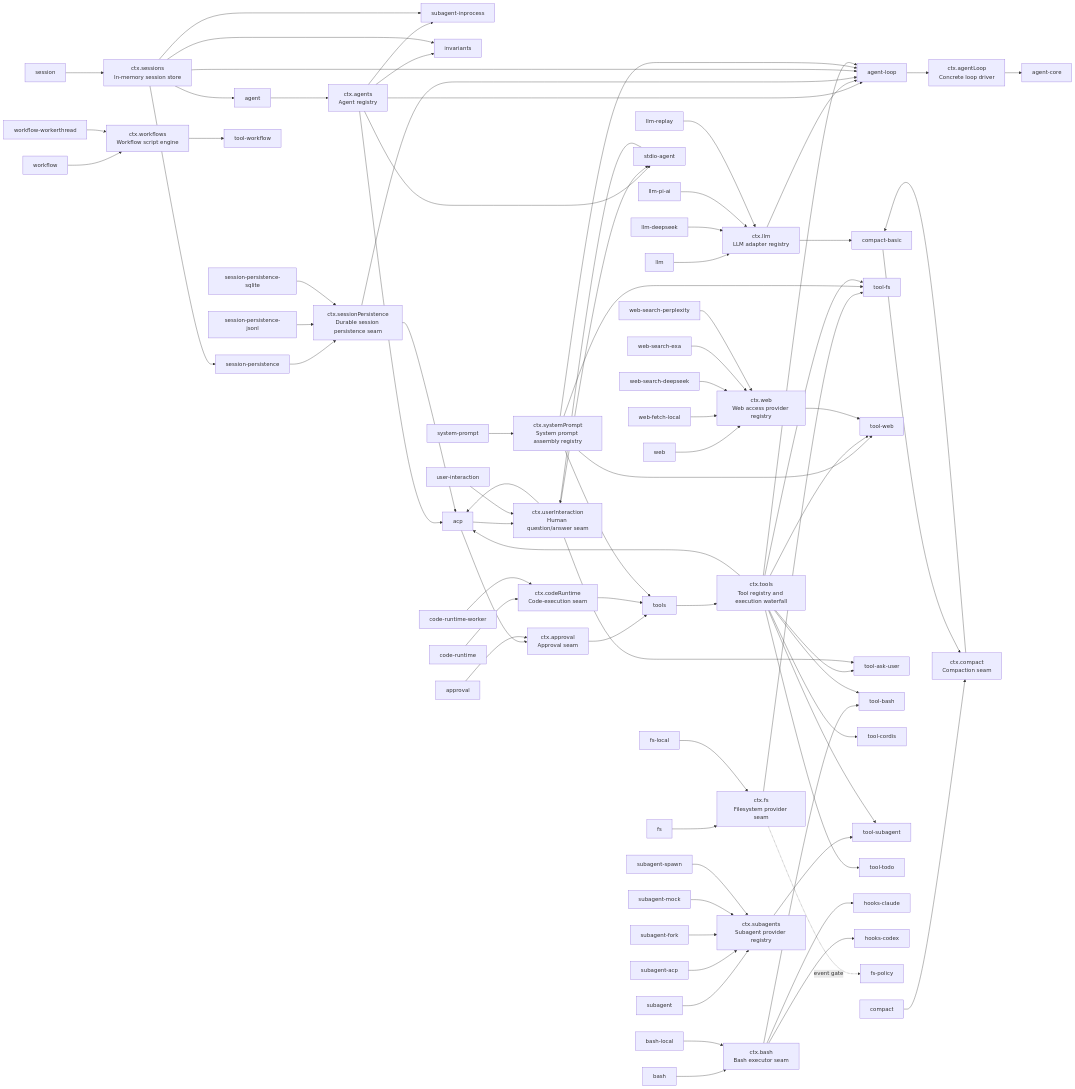
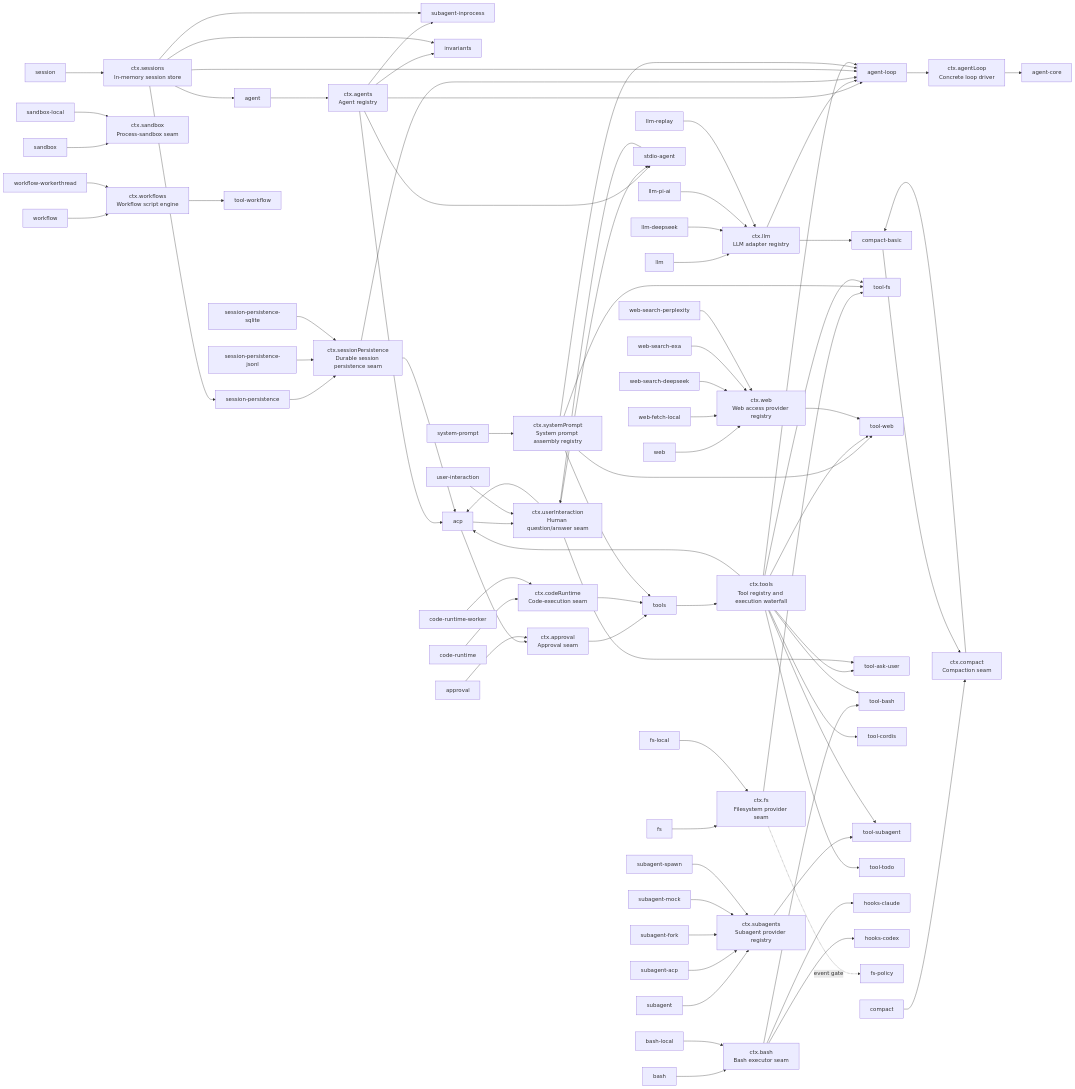
The diagram in docs/capability-seams.md (007M7/DeepCode), drawn with Mermaid before and after one commit. The commit also changed other lines of this file and 29 other files, not shown here.

```diff
--- a/docs/capability-seams.md
+++ b/docs/capability-seams.md
@@ -46,6 +46,9 @@
   pkg_bash_local["bash-local"]
   pkg_hooks_claude["hooks-claude"]
   pkg_hooks_codex["hooks-codex"]
+  pkg_sandbox["sandbox"]
+  svc_sandbox["ctx.sandbox<br/>Process-sandbox seam"]
+  pkg_sandbox_local["sandbox-local"]
   pkg_approval["approval"]
   svc_approval["ctx.approval<br/>Approval seam"]
   pkg_code_runtime["code-runtime"]
@@ -90,6 +93,8 @@
   pkg_llm_deepseek --> svc_llm
   pkg_llm_pi_ai --> svc_llm
   pkg_llm_replay --> svc_llm
+  pkg_sandbox --> svc_sandbox
+  pkg_sandbox_local --> svc_sandbox
   pkg_session --> svc_sessions
   pkg_session_persistence --> svc_sessionPersistence
   pkg_session_persistence_jsonl --> svc_sessionPersistence
```
